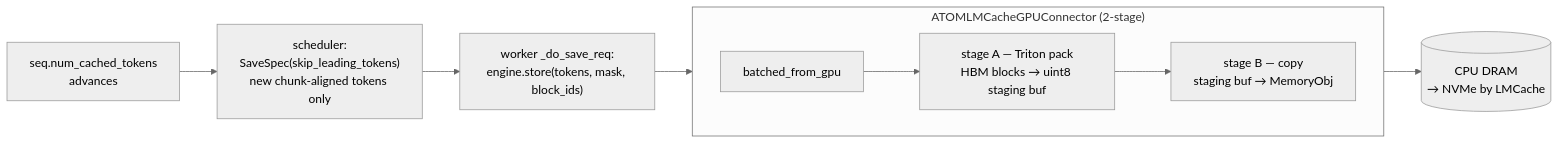
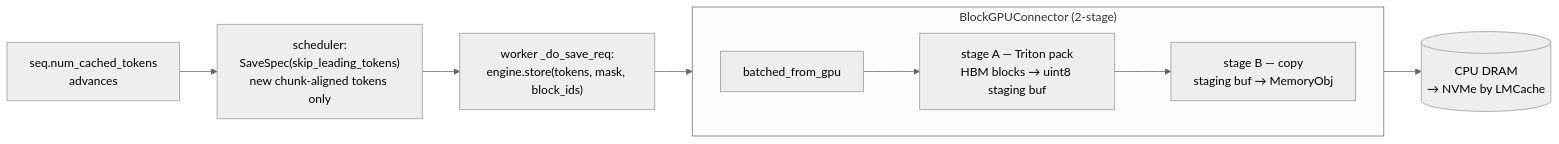
Before and after one commit to EricKing626/ATOM: the second of 4 diagrams in atom/kv_transfer/offload/README.md, drawn with Mermaid (neutral theme). The commit also changed other lines of this file and 43 other files, not shown here.

````diff
--- a/atom/kv_transfer/offload/README.md
+++ b/atom/kv_transfer/offload/README.md
@@ -171,12 +328,12 @@
 ```mermaid
 flowchart LR
     A["seq.num_cached_tokens<br/>advances"] --> B["scheduler:<br/>SaveSpec(skip_leading_tokens)<br/>new chunk-aligned tokens only"]
     B --> C["worker _do_save_req:<br/>engine.store(tokens, mask, block_ids)"]
     C --> D["batched_from_gpu"]
-    subgraph PIPE_S["ATOMLMCacheGPUConnector (2-stage)"]
+    subgraph PIPE_S["BlockGPUConnector (2-stage)"]
         direction LR
         D --> E["stage A — Triton pack<br/>HBM blocks → uint8 staging buf"]
         E --> F["stage B — copy<br/>staging buf → MemoryObj"]
     end
     F --> G[("CPU DRAM<br/>→ NVMe by LMCache")]
 ```
````
